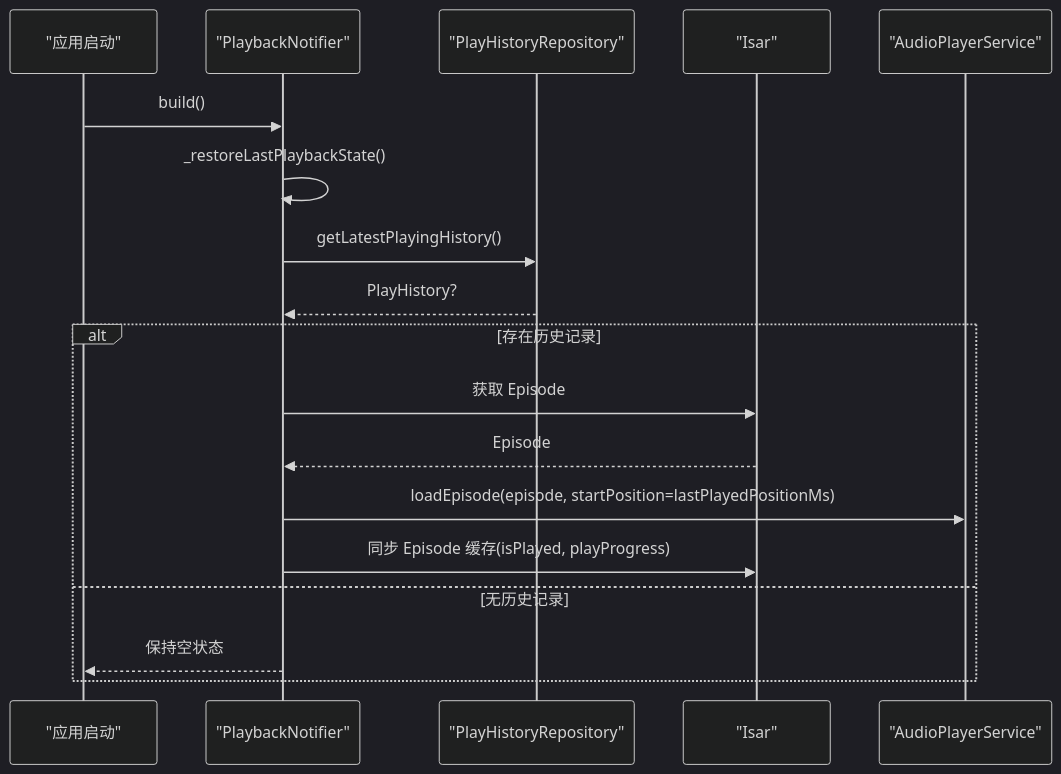
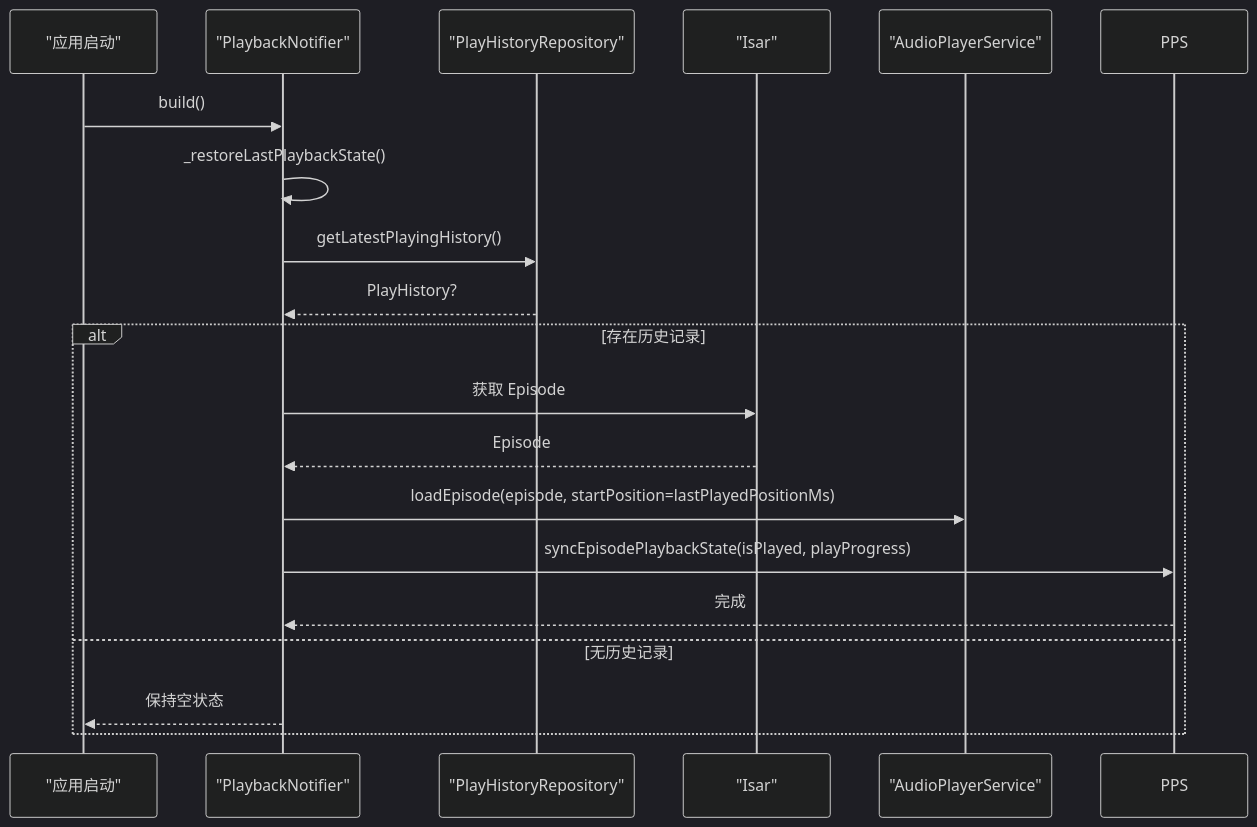
One commit to ZTfer/Tinycast changed the fifth of 6 diagrams in .qoder/repowiki/zh/content/核心功能模块/音频播放系统/播放进度跟踪.md. Above: the diagram before and after it, drawn with Mermaid (dark theme). The commit also changed other lines of this file and 187 other files, not shown here.

````diff
--- a/.qoder/repowiki/zh/content/核心功能模块/音频播放系统/播放进度跟踪.md
+++ b/.qoder/repowiki/zh/content/核心功能模块/音频播放系统/播放进度跟踪.md
@@ -206,20 +266,21 @@
 ```mermaid
 sequenceDiagram
 participant App as "应用启动"
 participant BN as "PlaybackNotifier"
 participant R as "PlayHistoryRepository"
 participant DB as "Isar"
 participant AP as "AudioPlayerService"
 App->>BN : build()
 BN->>BN : _restoreLastPlaybackState()
 BN->>R : getLatestPlayingHistory()
 R-->>BN : PlayHistory?
 alt 存在历史记录
 BN->>DB : 获取 Episode
 DB-->>BN : Episode
 BN->>AP : loadEpisode(episode, startPosition=lastPlayedPositionMs)
-BN->>DB : 同步 Episode 缓存(isPlayed, playProgress)
+BN->>PPS : syncEpisodePlaybackState(isPlayed, playProgress)
+PPS-->>BN : 完成
 else 无历史记录
 BN-->>App : 保持空状态
 end
 ```
````
